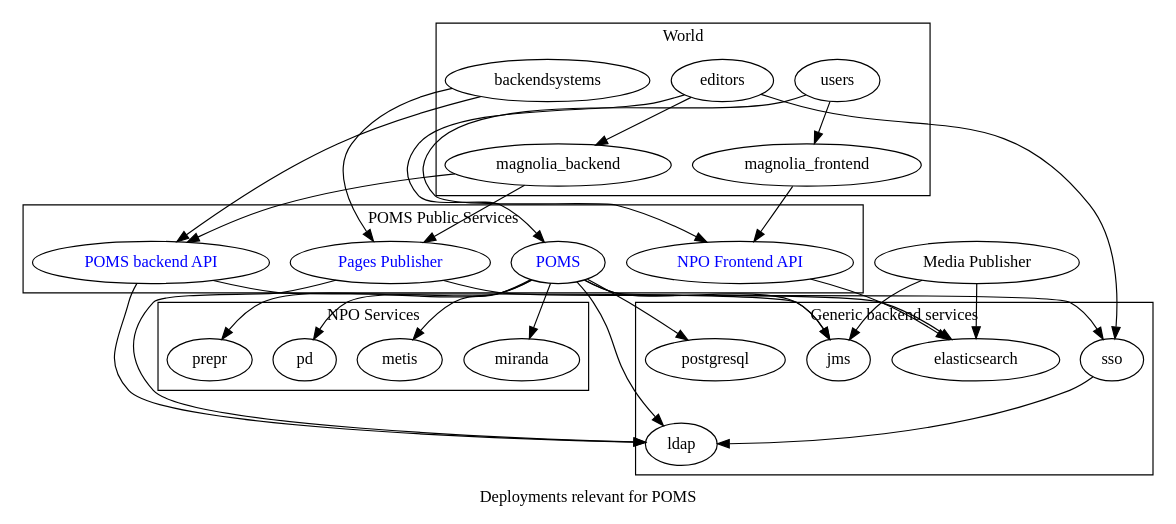
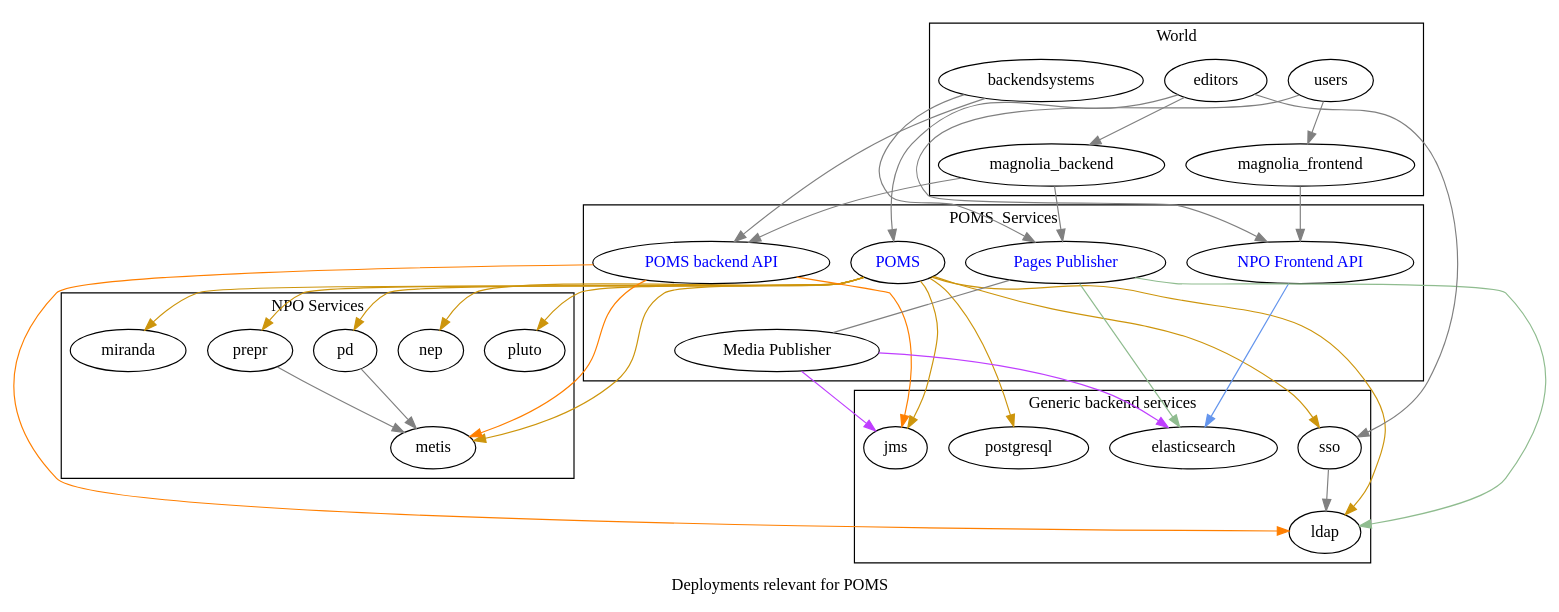
Before and after one commit to npo-poms/poms-parent: the diagram in poms-deployment.dot, drawn with Graphviz. The commit also changed 6 other files, not shown here.

```diff
--- a/poms-deployment.dot
+++ b/poms-deployment.dot
@@ -1,63 +1,119 @@
 digraph poms_universe {
 
-    label="Deployments relevant for POMS";
+label="Deployments relevant for POMS"
 
-    poms [ label="POMS" href="https://poms.omroep.nl/" fontcolor=blue];
-    poms_backend [ label="POMS backend API" href="https://api.poms.omroep.nl/" fontcolor=blue];
-    api [ label = "NPO Frontend API" href="https://rs.poms.omroep.nl/" fontcolor=blue];
-    pages_publish [ label = "Pages Publisher"     href="https://publish.pages.omroep.nl/" fontcolor=blue];
-    media_publish [ label = "Media Publisher" ];
+poms [ label="POMS" href="https://poms.omroep.nl/" fontcolor=blue ]
+poms_backend [ label="POMS backend API" href="https://api.poms.omroep.nl/" fontcolor=blue ]
+api [ label = "NPO Frontend API" href="https://rs.poms.omroep.nl/" fontcolor=blue ]
+pages_publish [ label = "Pages Publisher"     href="https://publish.pages.omroep.nl/" fontcolor=blue ]
+media_publish [ label = "Media Publisher" ]
 
 
-    subgraph cluster_0  {
-        label="Generic backend services";
-        postgresql; elasticsearch; sso; jms; ldap;
-    }
+subgraph cluster_0  {
+  label="Generic backend services"
+  postgresql
+  elasticsearch
+  sso
+  jms
+  ldap
+}
 
-    subgraph cluster_1  {
-        label="VPRO";
-        magnolia_frontend; magnolia_backend;
-    }
+subgraph cluster_1  {
+  label="VPRO"
+  magnolia_frontend
+  magnolia_backend
+}
 
-    subgraph cluster_1  {
-        label="World";
-        users; backendsystems; editors;
-    }
-    subgraph cluster_3  {
-        label="POMS Public Services";
-        poms; poms_backend; pages_publish; api;
-    }
+subgraph cluster_1  {
+  label="World"
+  users
+  backendsystems
+  editors
+}
+subgraph cluster_3  {
+  label="POMS  Services"
+  poms
+  poms_backend
+  pages_publish
+  media_publish
+  api
+}
 
-    subgraph cluster_4  {
-        label="NPO Services";
-        metis;
-        pd;
-        prepr;
-        miranda;
+subgraph cluster_4  {
+  label="NPO Services"
+  metis
+  pd
+  prepr
+  miranda
+  pluto
+  nep
+}
 
-    }
+editors -> {
+  magnolia_backend
+  poms
+  sso
+}[color=gray]
+
+users -> {
+  magnolia_frontend
+  api
+}[color=gray]
+
+backendsystems -> {
+  poms_backend
+  pages_publish
+}[color=gray]
+
+poms -> {
+  postgresql
+  jms
+  sso
+  ldap
+  miranda
+  prepr
+  pd
+  metis
+  pluto
+  nep
+}[color=darkgoldenrod3]
+
+poms_backend -> {
+  jms
+  ldap
+  metis
+  ldap
+}[color=darkorange1]
+
+api -> {
+  elasticsearch
+}[color=cornflowerblue]
+
+pages_publish-> {
+  elasticsearch
+  ldap
+}[color=darkseagreen]
+
+media_publish -> {
+  elasticsearch
+  jms
+}[color=darkorchid1]
+pages_publish -> media_publish[color=gray dir=none]
 
 
-   editors -> {magnolia_backend poms sso}
-   users -> {magnolia_frontend api}
-   backendsystems -> {poms_backend  pages_publish}
 
+magnolia_backend -> {
+  poms_backend
+  pages_publish
+}[color=gray]
 
-    poms -> { postgresql jms sso ldap miranda prepr pd metis }
+magnolia_frontend -> {
+  api
+}[color=gray]
 
-    poms_backend -> { jms ldap}
+sso -> ldap[color=gray]
 
-    api -> { elasticsearch }
-
-    pages_publish-> { elasticsearch ldap}
-
-    media_publish -> { elasticsearch jms }
-
-
-    magnolia_backend -> { poms_backend pages_publish };
-
-    magnolia_frontend -> { api  };
-
-   sso -> ldap;
+prepr -> metis[color=gray]
+pd -> metis[color=gray]
 
 }
```
